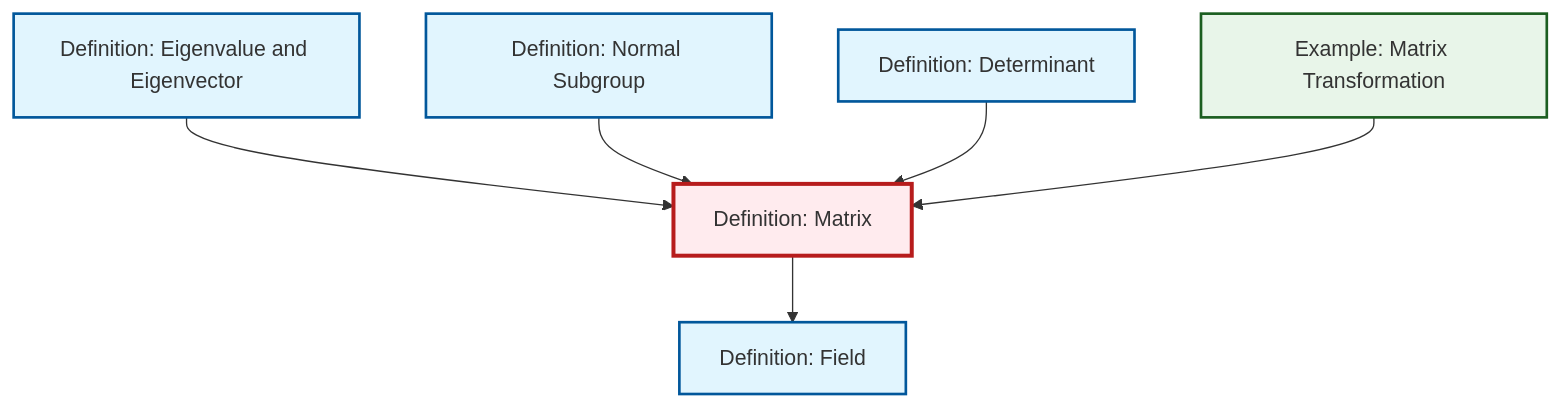
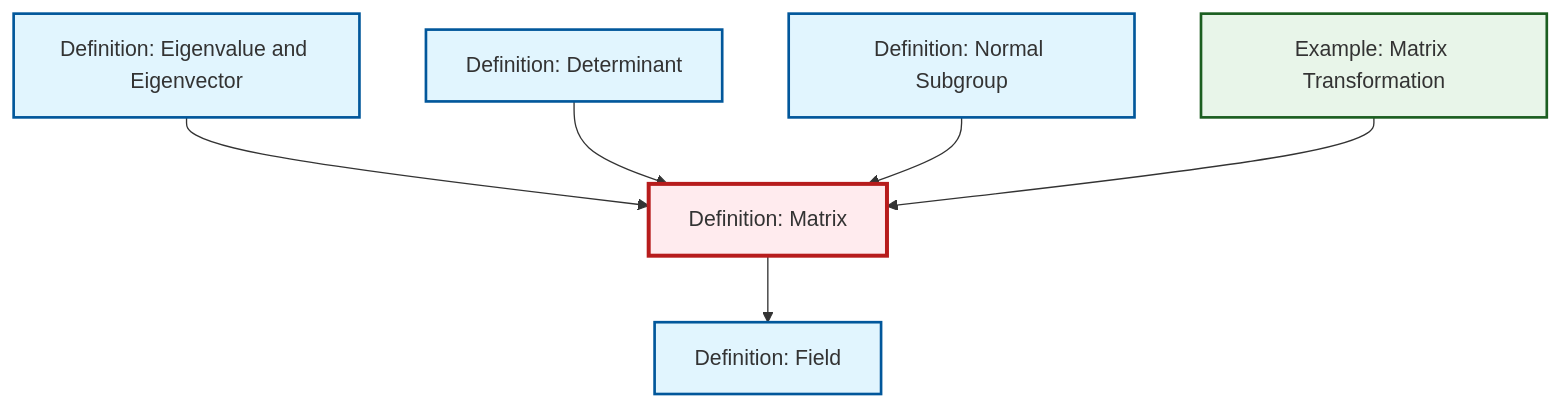
Before and after one commit to RK0429/ModernMath: the diagram in content/en/algebra/def-matrix.qmd, drawn with Mermaid. The commit also changed other lines of this file and 597 other files, not shown here.

````diff
--- a/content/en/algebra/def-matrix.qmd
+++ b/content/en/algebra/def-matrix.qmd
@@ -59,26 +59,26 @@
 ```{mermaid}
 %%| fig-cap: "Local dependency graph"
 graph TD
     classDef definition fill:#e1f5fe,stroke:#01579b,stroke-width:2px
     classDef theorem fill:#f3e5f5,stroke:#4a148c,stroke-width:2px
     classDef axiom fill:#fff3e0,stroke:#e65100,stroke-width:2px
     classDef example fill:#e8f5e9,stroke:#1b5e20,stroke-width:2px
     classDef current fill:#ffebee,stroke:#b71c1c,stroke-width:3px
+    ex-matrix-transformation["Example: Matrix Transformation"]:::example
+    def-field["Definition: Field"]:::definition
+    def-determinant["Definition: Determinant"]:::definition
     def-matrix["Definition: Matrix"]:::definition
-    ex-matrix-transformation["Example: Matrix Transformation"]:::example
-    def-determinant["Definition: Determinant"]:::definition
+    def-normal-subgroup["Definition: Normal Subgroup"]:::definition
     def-eigenvalue-eigenvector["Definition: Eigenvalue and Eigenvector"]:::definition
-    def-normal-subgroup["Definition: Normal Subgroup"]:::definition
-    def-field["Definition: Field"]:::definition
     def-eigenvalue-eigenvector --> def-matrix
-    def-normal-subgroup --> def-matrix
     def-matrix --> def-field
     def-determinant --> def-matrix
+    def-normal-subgroup --> def-matrix
     ex-matrix-transformation --> def-matrix
     class def-matrix current
     click ex-matrix-transformation "ex-matrix-transformation.html" "Go to Matrix Transformation example"
+    click def-field "def-field.html" "Go to Field definition"
     click def-determinant "def-determinant.html" "Go to Determinant definition"
+    click def-normal-subgroup "def-normal-subgroup.html" "Go to Normal Subgroup definition"
     click def-eigenvalue-eigenvector "def-eigenvalue-eigenvector.html" "Go to Eigenvalue and Eigenvector definition"
-    click def-normal-subgroup "def-normal-subgroup.html" "Go to Normal Subgroup definition"
-    click def-field "def-field.html" "Go to Field definition"
 ```
````
